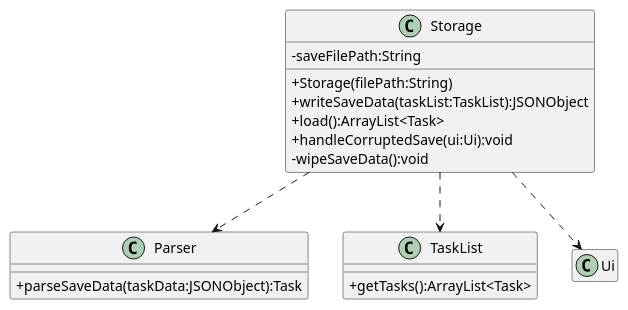
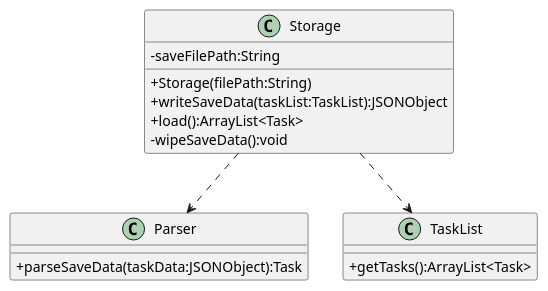
Before and after one commit to nus-cs2113-AY2122S2/tp: the diagram in docs/puml/StorageClass.puml, drawn with PlantUML. The commit also changed 6 other files, not shown here.

```diff
--- a/docs/puml/StorageClass.puml
+++ b/docs/puml/StorageClass.puml
@@ -1,29 +1,25 @@
 @startuml
 'https://plantuml.com/class-diagram
 
 skinparam classAttributeIconSize 0
 
 class Storage {
     -saveFilePath:String
     +Storage(filePath:String)
     +writeSaveData(taskList:TaskList):JSONObject
     +load():ArrayList<Task>
-    +handleCorruptedSave(ui:Ui):void
     -wipeSaveData():void
 }
 
 class Parser {
     +parseSaveData(taskData:JSONObject):Task
 }
 
 class TaskList {
     +getTasks():ArrayList<Task>
 }
 
-class Ui
-hide Ui members
 
 Storage ..> Parser
 Storage ..> TaskList
-Storage ..> Ui
 @enduml
```
